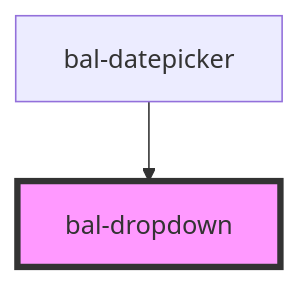
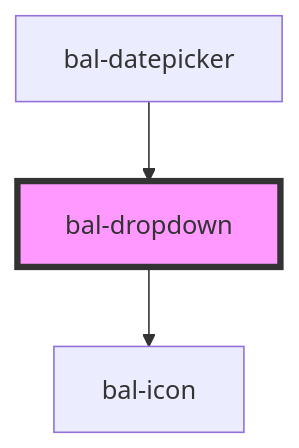
The diagram in src/components/dropdown/readme.md (baloise/design-system), drawn with Mermaid before and after one commit. The commit also changed other lines of this file and 17 other files, not shown here.

````diff
--- a/src/components/dropdown/readme.md
+++ b/src/components/dropdown/readme.md
@@ -146,5 +150,6 @@
 ```mermaid
 graph TD;
+  bal-dropdown --> bal-icon
   bal-datepicker --> bal-dropdown
   style bal-dropdown fill:#f9f,stroke:#333,stroke-width:4px
 ```
````
